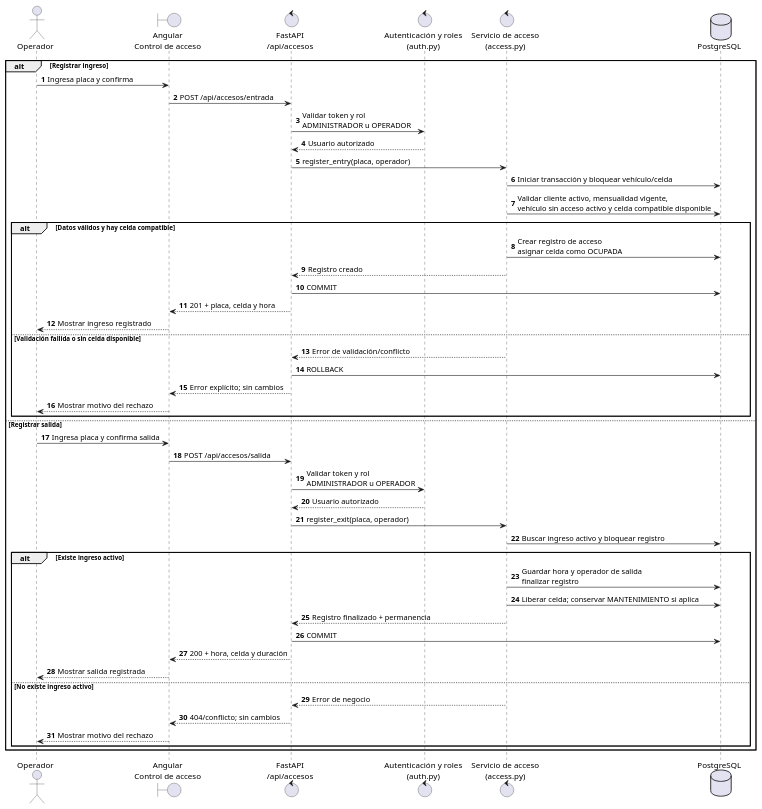
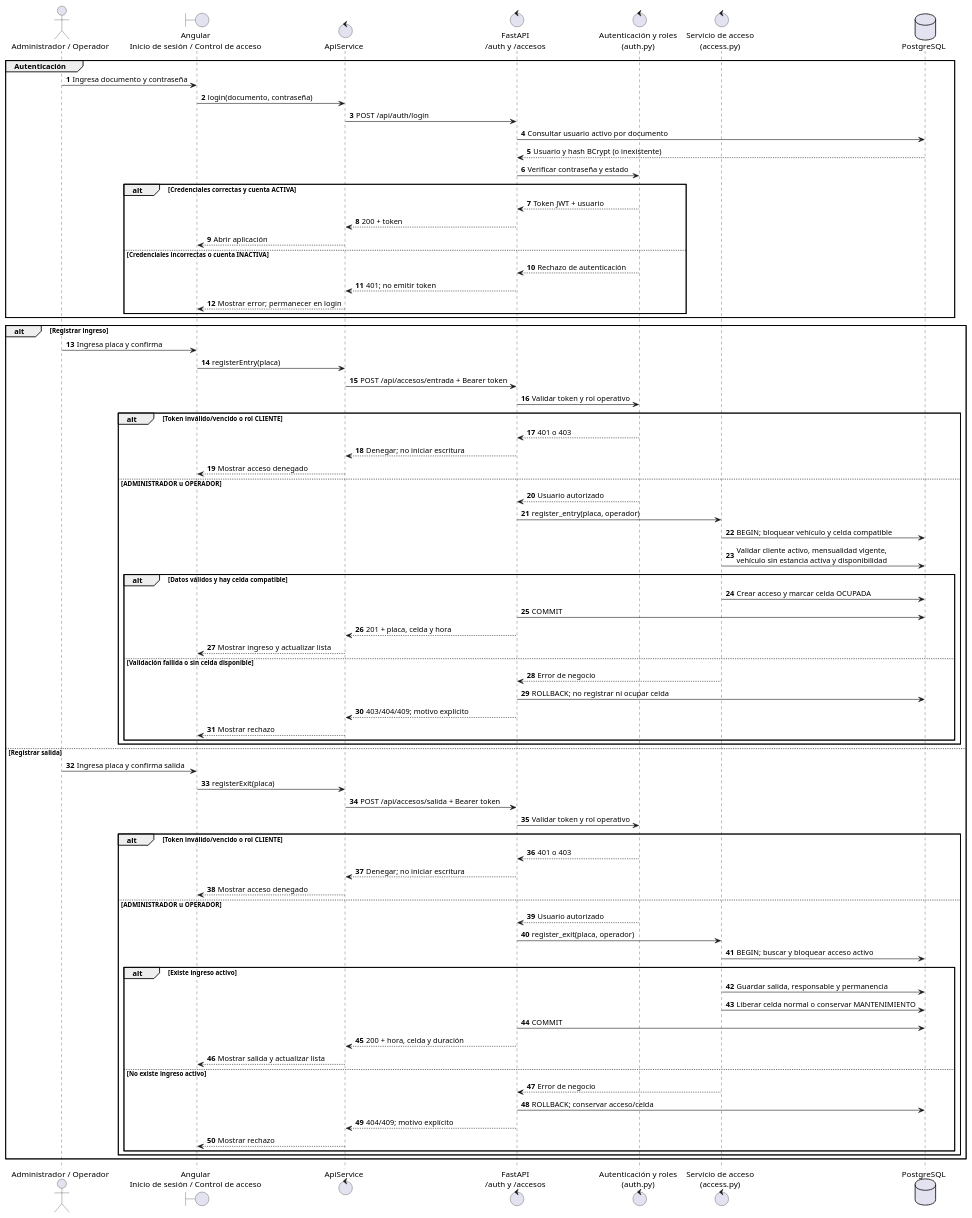
One commit to jdcpa1978-IUD/parkea changed the diagram in entregables/diagramas/03_secuencia_iteracion1_accesos.puml. Above: the diagram before and after it, drawn with PlantUML. The commit also changed 31 other files, not shown here.

```diff
--- a/entregables/diagramas/03_secuencia_iteracion1_accesos.puml
+++ b/entregables/diagramas/03_secuencia_iteracion1_accesos.puml
@@ -1,50 +1,82 @@
 @startuml Secuencia_Iteracion1_Accesos
 autonumber
-actor "Operador" as Operador
-boundary "Angular\nControl de acceso" as UI
-control "FastAPI\n/api/accesos" as API
+actor "Administrador / Operador" as Staff
+boundary "Angular\nInicio de sesión / Control de acceso" as UI
+control "ApiService" as Client
+control "FastAPI\n/auth y /accesos" as API
 control "Autenticación y roles\n(auth.py)" as Auth
 control "Servicio de acceso\n(access.py)" as Servicio
 database "PostgreSQL" as DB
 
+group Autenticación
+  Staff -> UI : Ingresa documento y contraseña
+  UI -> Client : login(documento, contraseña)
+  Client -> API : POST /api/auth/login
+  API -> DB : Consultar usuario activo por documento
+  DB --> API : Usuario y hash BCrypt (o inexistente)
+  API -> Auth : Verificar contraseña y estado
+  alt Credenciales correctas y cuenta ACTIVA
+    Auth --> API : Token JWT + usuario
+    API --> Client : 200 + token
+    Client --> UI : Abrir aplicación
+  else Credenciales incorrectas o cuenta INACTIVA
+    Auth --> API : Rechazo de autenticación
+    API --> Client : 401; no emitir token
+    Client --> UI : Mostrar error; permanecer en login
+  end
+end
+
 alt Registrar ingreso
-  Operador -> UI : Ingresa placa y confirma
-  UI -> API : POST /api/accesos/entrada
-  API -> Auth : Validar token y rol\nADMINISTRADOR u OPERADOR
-  Auth --> API : Usuario autorizado
-  API -> Servicio : register_entry(placa, operador)
-  Servicio -> DB : Iniciar transacción y bloquear vehículo/celda
-  Servicio -> DB : Validar cliente activo, mensualidad vigente,\nvehículo sin acceso activo y celda compatible disponible
-  alt Datos válidos y hay celda compatible
-    Servicio -> DB : Crear registro de acceso\nasignar celda como OCUPADA
-    Servicio --> API : Registro creado
-    API -> DB : COMMIT
-    API --> UI : 201 + placa, celda y hora
-    UI --> Operador : Mostrar ingreso registrado
-  else Validación fallida o sin celda disponible
-    Servicio --> API : Error de validación/conflicto
-    API -> DB : ROLLBACK
-    API --> UI : Error explícito; sin cambios
-    UI --> Operador : Mostrar motivo del rechazo
+  Staff -> UI : Ingresa placa y confirma
+  UI -> Client : registerEntry(placa)
+  Client -> API : POST /api/accesos/entrada + Bearer token
+  API -> Auth : Validar token y rol operativo
+  alt Token inválido/vencido o rol CLIENTE
+    Auth --> API : 401 o 403
+    API --> Client : Denegar; no iniciar escritura
+    Client --> UI : Mostrar acceso denegado
+  else ADMINISTRADOR u OPERADOR
+    Auth --> API : Usuario autorizado
+    API -> Servicio : register_entry(placa, operador)
+    Servicio -> DB : BEGIN; bloquear vehículo y celda compatible
+    Servicio -> DB : Validar cliente activo, mensualidad vigente,\nvehículo sin estancia activa y disponibilidad
+    alt Datos válidos y hay celda compatible
+      Servicio -> DB : Crear acceso y marcar celda OCUPADA
+      API -> DB : COMMIT
+      API --> Client : 201 + placa, celda y hora
+      Client --> UI : Mostrar ingreso y actualizar lista
+    else Validación fallida o sin celda disponible
+      Servicio --> API : Error de negocio
+      API -> DB : ROLLBACK; no registrar ni ocupar celda
+      API --> Client : 403/404/409; motivo explícito
+      Client --> UI : Mostrar rechazo
+    end
   end
 else Registrar salida
-  Operador -> UI : Ingresa placa y confirma salida
-  UI -> API : POST /api/accesos/salida
-  API -> Auth : Validar token y rol\nADMINISTRADOR u OPERADOR
-  Auth --> API : Usuario autorizado
-  API -> Servicio : register_exit(placa, operador)
-  Servicio -> DB : Buscar ingreso activo y bloquear registro
-  alt Existe ingreso activo
-    Servicio -> DB : Guardar hora y operador de salida\nfinalizar registro
-    Servicio -> DB : Liberar celda; conservar MANTENIMIENTO si aplica
-    Servicio --> API : Registro finalizado + permanencia
-    API -> DB : COMMIT
-    API --> UI : 200 + hora, celda y duración
-    UI --> Operador : Mostrar salida registrada
-  else No existe ingreso activo
-    Servicio --> API : Error de negocio
-    API --> UI : 404/conflicto; sin cambios
-    UI --> Operador : Mostrar motivo del rechazo
+  Staff -> UI : Ingresa placa y confirma salida
+  UI -> Client : registerExit(placa)
+  Client -> API : POST /api/accesos/salida + Bearer token
+  API -> Auth : Validar token y rol operativo
+  alt Token inválido/vencido o rol CLIENTE
+    Auth --> API : 401 o 403
+    API --> Client : Denegar; no iniciar escritura
+    Client --> UI : Mostrar acceso denegado
+  else ADMINISTRADOR u OPERADOR
+    Auth --> API : Usuario autorizado
+    API -> Servicio : register_exit(placa, operador)
+    Servicio -> DB : BEGIN; buscar y bloquear acceso activo
+    alt Existe ingreso activo
+      Servicio -> DB : Guardar salida, responsable y permanencia
+      Servicio -> DB : Liberar celda normal o conservar MANTENIMIENTO
+      API -> DB : COMMIT
+      API --> Client : 200 + hora, celda y duración
+      Client --> UI : Mostrar salida y actualizar lista
+    else No existe ingreso activo
+      Servicio --> API : Error de negocio
+      API -> DB : ROLLBACK; conservar acceso/celda
+      API --> Client : 404/409; motivo explícito
+      Client --> UI : Mostrar rechazo
+    end
   end
 end
 @enduml
```
